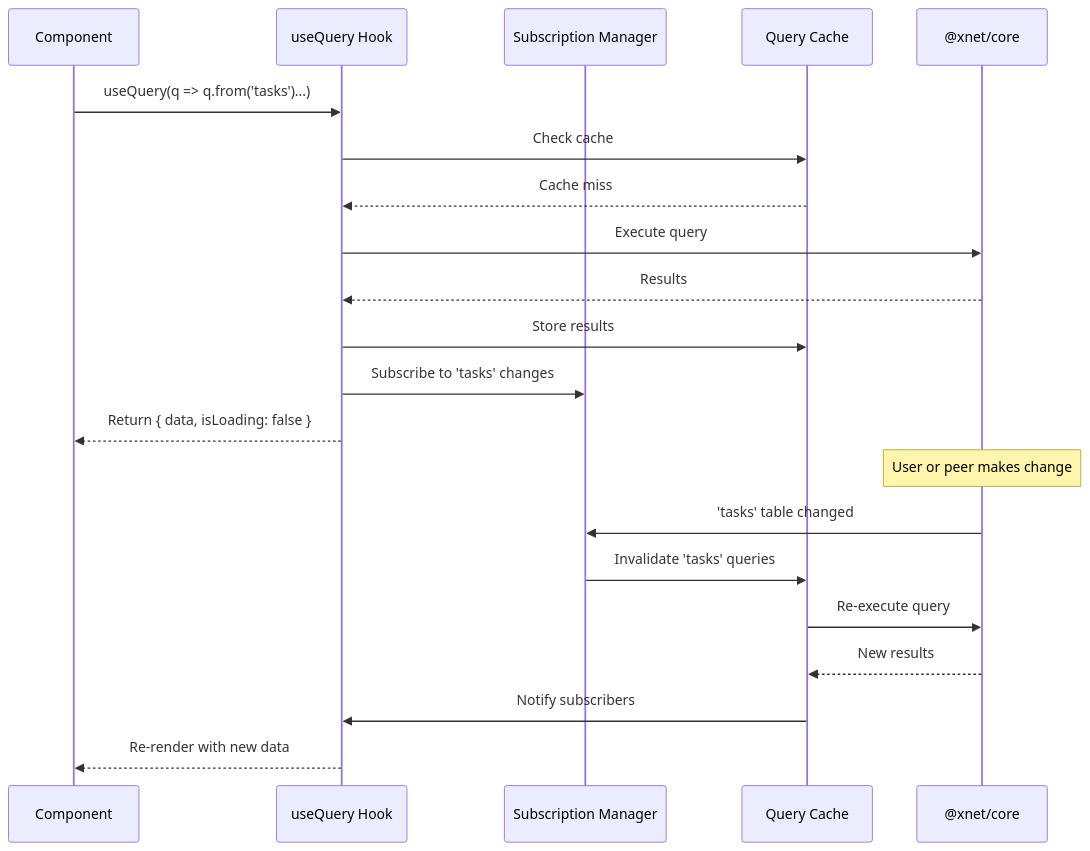
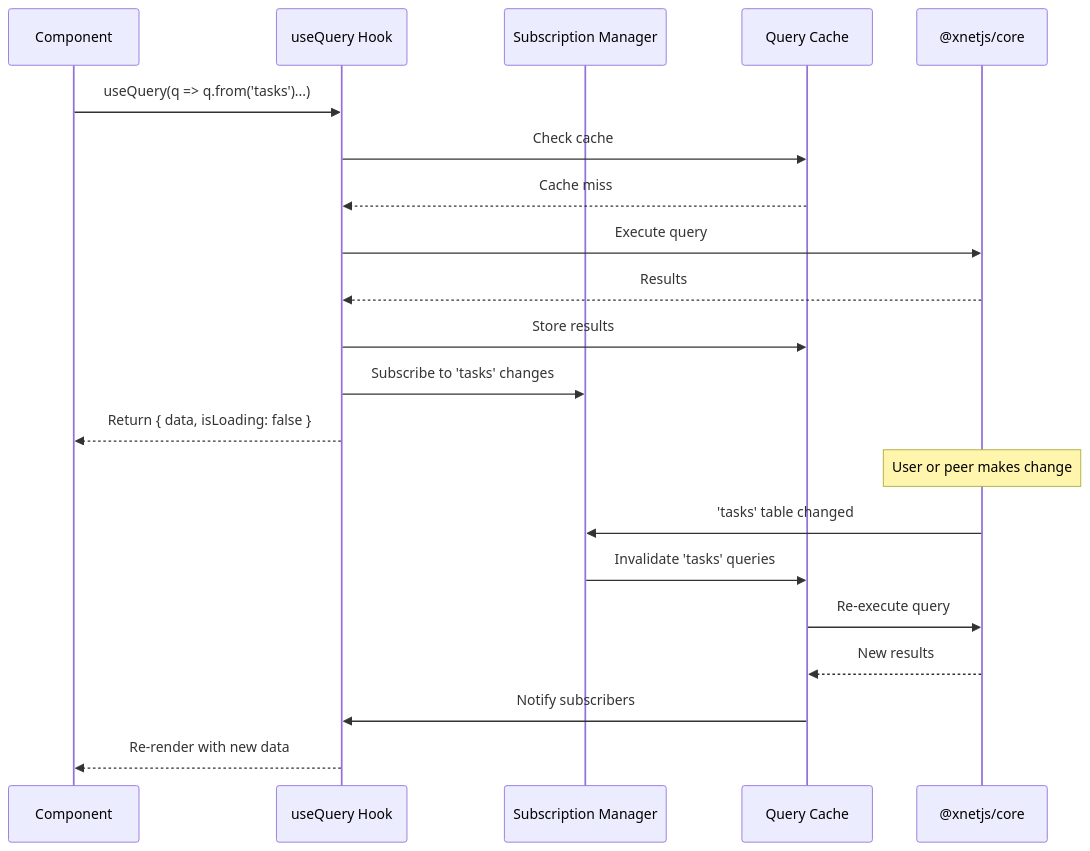
Before and after one commit to crs48/xNet: the second of 3 diagrams in docs/plans/plan00Setup/12-react-integration.md, drawn with Mermaid. The commit also changed other lines of this file and 980 other files, not shown here.

````diff
--- a/docs/plans/plan00Setup/12-react-integration.md
+++ b/docs/plans/plan00Setup/12-react-integration.md
@@ -423,26 +423,26 @@
 ```mermaid
 sequenceDiagram
     participant C as Component
     participant H as useQuery Hook
     participant SM as Subscription Manager
     participant QC as Query Cache
-    participant DB as @xnet/core
+    participant DB as @xnetjs/core
 
     C->>H: useQuery(q => q.from('tasks')...)
     H->>QC: Check cache
     QC-->>H: Cache miss
     H->>DB: Execute query
     DB-->>H: Results
     H->>QC: Store results
     H->>SM: Subscribe to 'tasks' changes
     H-->>C: Return { data, isLoading: false }
 
     Note over DB: User or peer makes change
 
     DB->>SM: 'tasks' table changed
     SM->>QC: Invalidate 'tasks' queries
     QC->>DB: Re-execute query
     DB-->>QC: New results
     QC->>H: Notify subscribers
     H-->>C: Re-render with new data
 ```
````
